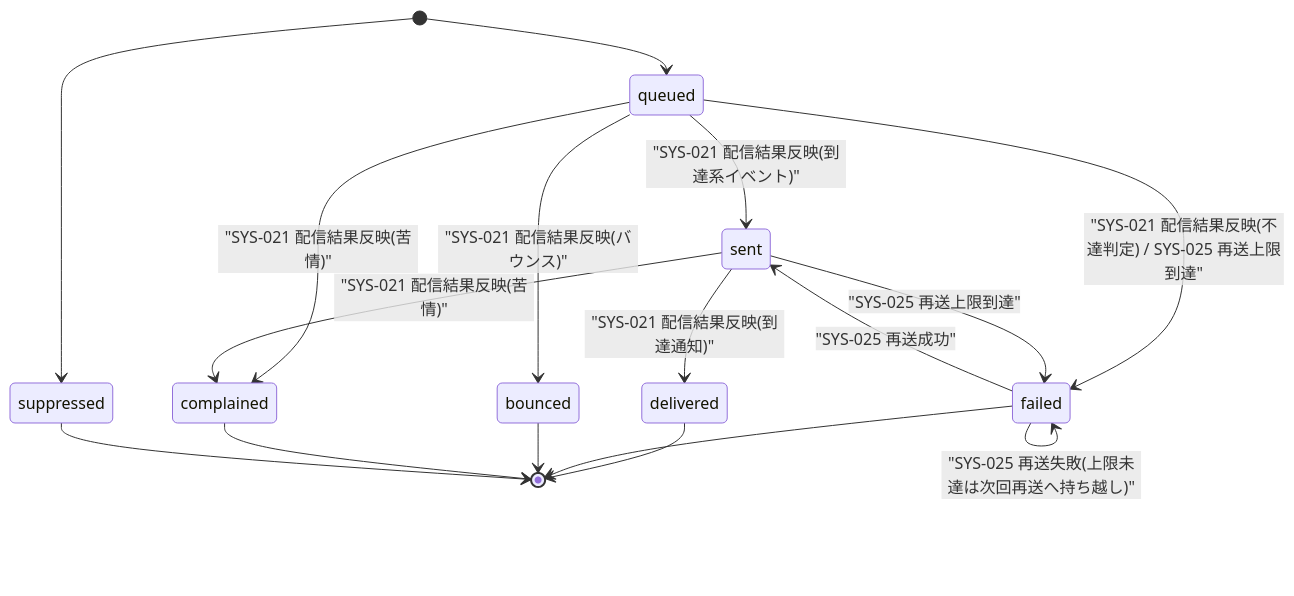
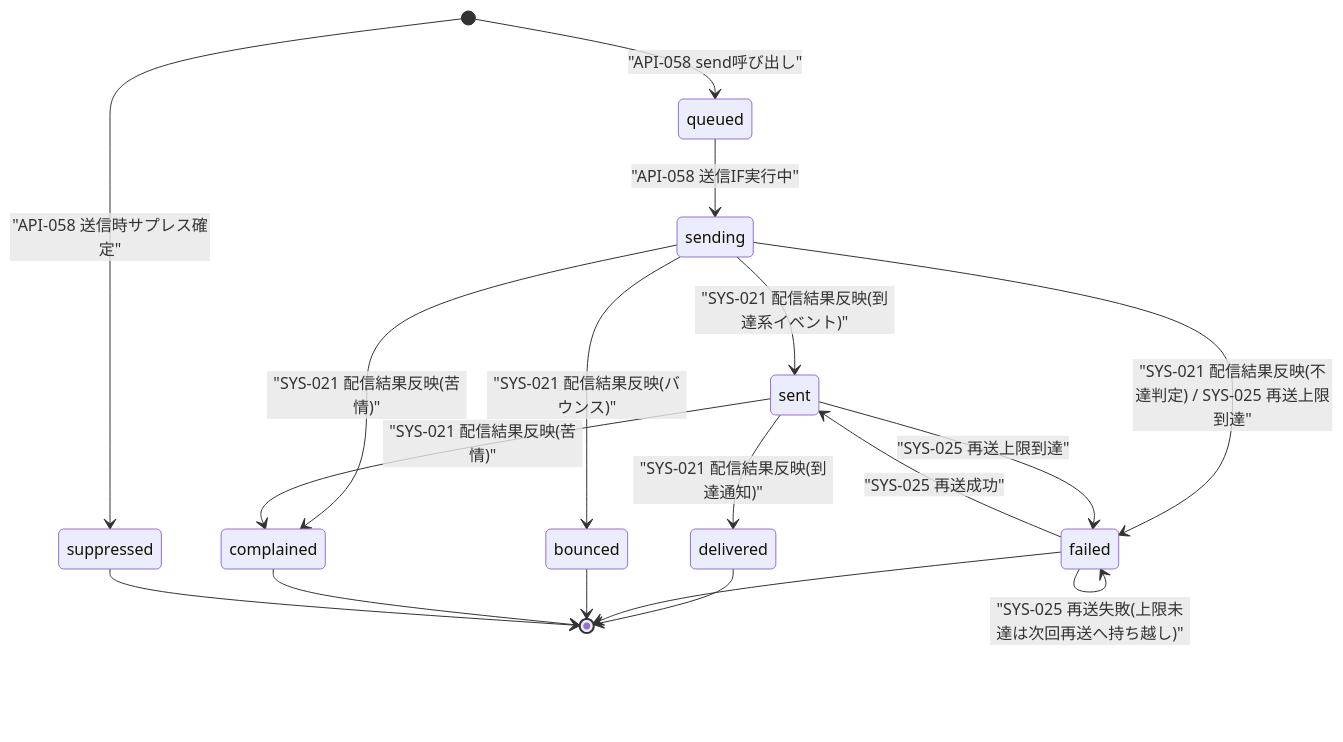
The diagram in 03_detail_design/01_state_transitions/STS-009.md (sikakou54/open-faq), drawn with Mermaid before and after one commit. The commit also changed other lines of this file and 23 other files, not shown here.

````diff
--- a/03_detail_design/01_state_transitions/STS-009.md
+++ b/03_detail_design/01_state_transitions/STS-009.md
@@ -40,19 +40,20 @@
 ```mermaid
 stateDiagram-v2
-  [*] --> queued
-  queued --> sent: "SYS-021 配信結果反映(到達系イベント)"
+  [*] --> queued: "API-058 send呼び出し"
+  queued --> sending: "API-058 送信IF実行中"
+  sending --> sent: "SYS-021 配信結果反映(到達系イベント)"
   sent --> delivered: "SYS-021 配信結果反映(到達通知)"
-  queued --> failed: "SYS-021 配信結果反映(不達判定) / SYS-025 再送上限到達"
+  sending --> failed: "SYS-021 配信結果反映(不達判定) / SYS-025 再送上限到達"
   sent --> failed: "SYS-025 再送上限到達"
-  queued --> bounced: "SYS-021 配信結果反映(バウンス)"
-  queued --> complained: "SYS-021 配信結果反映(苦情)"
+  sending --> bounced: "SYS-021 配信結果反映(バウンス)"
+  sending --> complained: "SYS-021 配信結果反映(苦情)"
   sent --> complained: "SYS-021 配信結果反映(苦情)"
   failed --> sent: "SYS-025 再送成功"
   failed --> failed: "SYS-025 再送失敗(上限未達は次回再送へ持ち越し)"
   delivered --> [*]
   failed --> [*]
   bounced --> [*]
   complained --> [*]
-  [*] --> suppressed
+  [*] --> suppressed: "API-058 送信時サプレス確定"
   suppressed --> [*]
 ```
````
